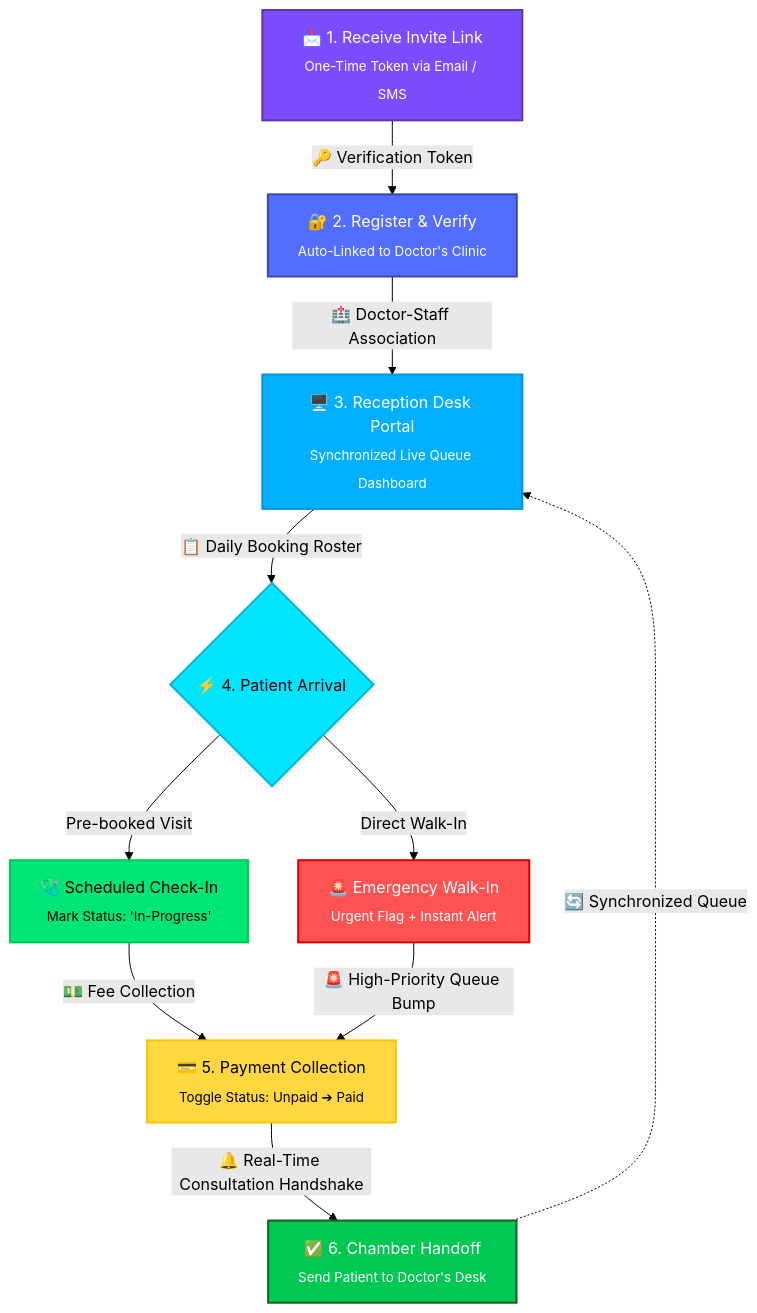
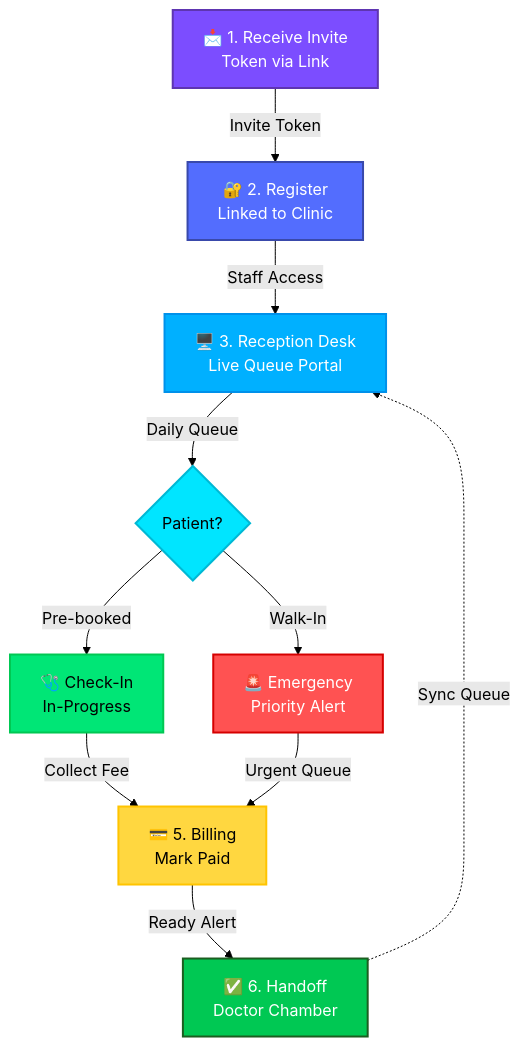
Before and after one commit to manikant1446/MedZoo: the third of 6 diagrams in README.md, drawn with Mermaid (forest theme). The commit also changed other lines of this file, not shown here.

````diff
--- a/README.md
+++ b/README.md
@@ -188,30 +188,30 @@
 ```mermaid
 flowchart TD
-    A["📩 1. Receive Invite Link<br/><sub>One-Time Token via Email / SMS</sub>"]
-    B["🔐 2. Register & Verify<br/><sub>Auto-Linked to Doctor's Clinic</sub>"]
-    C["🖥️ 3. Reception Desk Portal<br/><sub>Synchronized Live Queue Dashboard</sub>"]
-    D{"⚡ 4. Patient Arrival"}
-    D1["🩺 Scheduled Check-In<br/><sub>Mark Status: 'In-Progress'</sub>"]
-    D2["🚨 Emergency Walk-In<br/><sub>Urgent Flag + Instant Alert</sub>"]
-    E["💳 5. Payment Collection<br/><sub>Toggle Status: Unpaid ➔ Paid</sub>"]
-    F["✅ 6. Chamber Handoff<br/><sub>Send Patient to Doctor's Desk</sub>"]
+    A["📩 1. Receive Invite<br/>Token via Link"]
+    B["🔐 2. Register<br/>Linked to Clinic"]
+    C["🖥️ 3. Reception Desk<br/>Live Queue Portal"]
+    D{"Patient?"}
+    D1["🩺 Check-In<br/>In-Progress"]
+    D2["🚨 Emergency<br/>Priority Alert"]
+    E["💳 5. Billing<br/>Mark Paid"]
+    F["✅ 6. Handoff<br/>Doctor Chamber"]
 
-    A -->|"🔑 Verification Token"| B
-    B -->|"🏥 Doctor-Staff Association"| C
-    C -->|"📋 Daily Booking Roster"| D
-    D -->|"Pre-booked Visit"| D1
-    D -->|"Direct Walk-In"| D2
-    D1 -->|"💵 Fee Collection"| E
-    D2 -->|"🚨 High-Priority Queue Bump"| E
-    E -->|"🔔 Real-Time Consultation Handshake"| F
-    F -.->|"🔄 Synchronized Queue"| C
+    A -->|"Invite Token"| B
+    B -->|"Staff Access"| C
+    C -->|"Daily Queue"| D
+    D -->|"Pre-booked"| D1
+    D -->|"Walk-In"| D2
+    D1 -->|"Collect Fee"| E
+    D2 -->|"Urgent Queue"| E
+    E -->|"Ready Alert"| F
+    F -.->|"Sync Queue"| C
 
     style A fill:#7C4DFF,color:#fff,stroke:#5E35B1,stroke-width:2px
     style B fill:#536DFE,color:#fff,stroke:#3949AB,stroke-width:2px
     style C fill:#00B0FF,color:#fff,stroke:#0091EA,stroke-width:2px
     style D fill:#00E5FF,color:#000,stroke:#00B8D4,stroke-width:2px
     style D1 fill:#00E676,color:#000,stroke:#00C853,stroke-width:2px
     style D2 fill:#FF5252,color:#fff,stroke:#D50000,stroke-width:2px
     style E fill:#FFD740,color:#000,stroke:#FFC400,stroke-width:2px
     style F fill:#00C853,color:#fff,stroke:#1B5E20,stroke-width:2px
 ```
````
